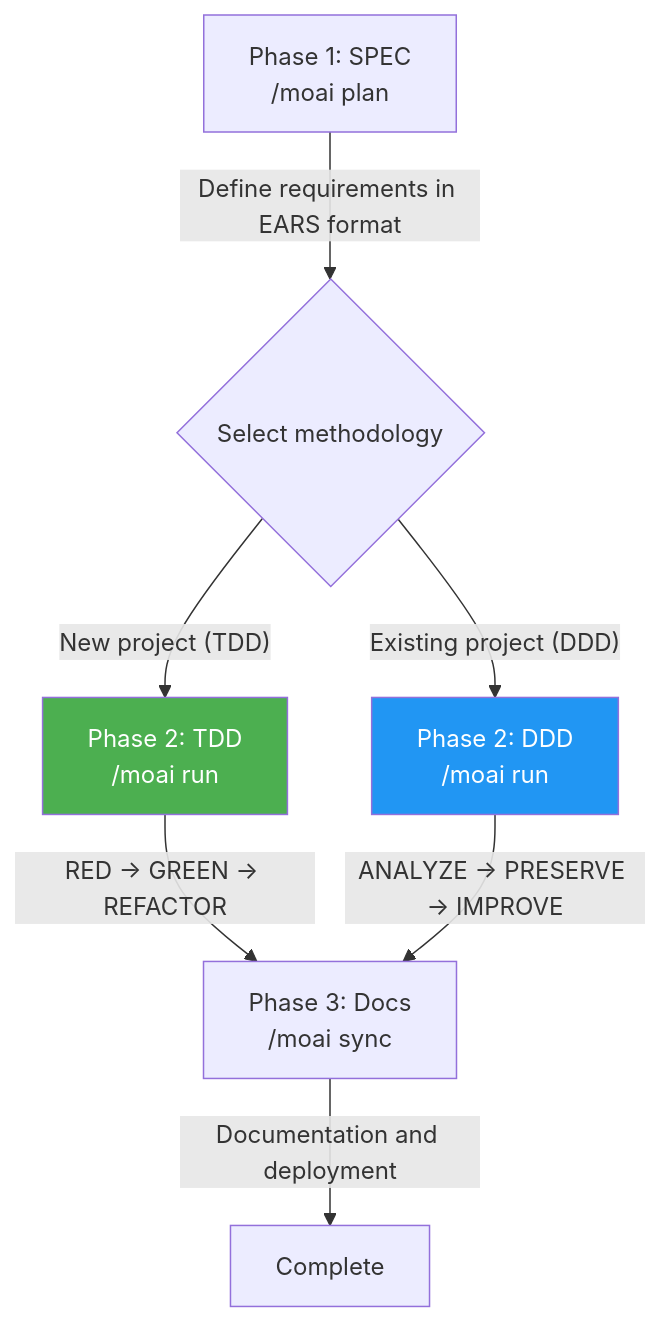
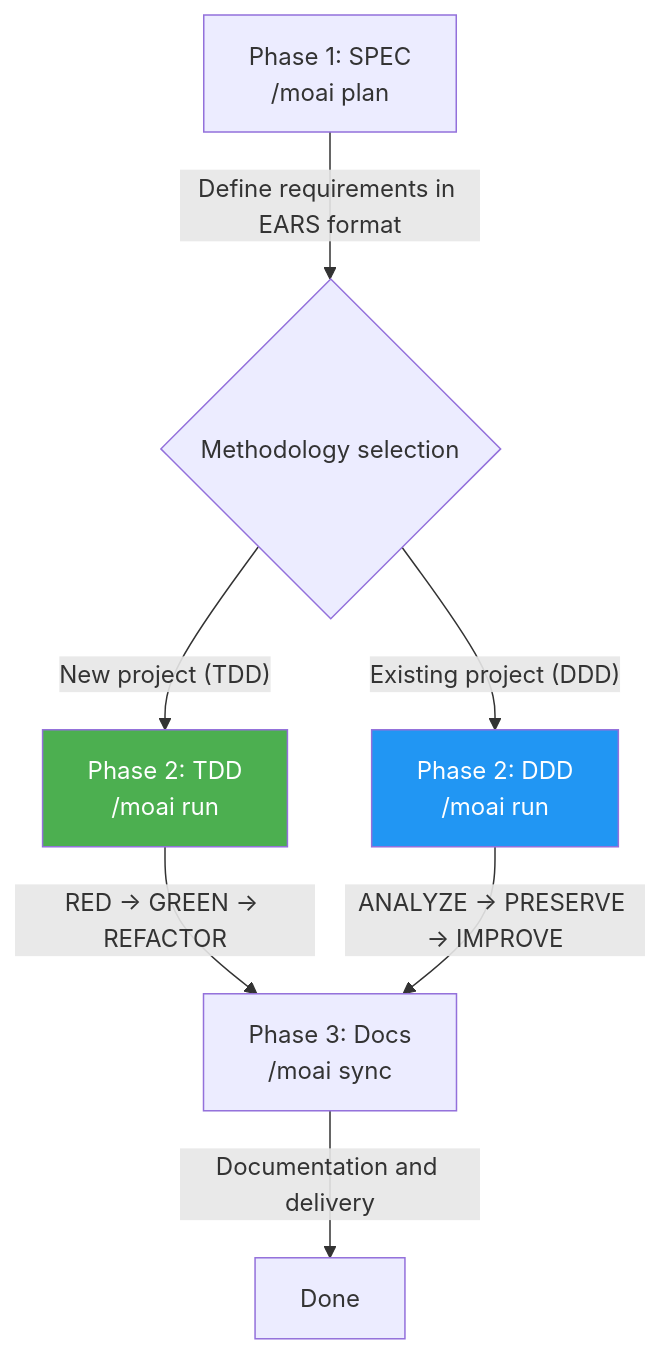
One commit to modu-ai/moai-adk changed the second of 2 diagrams in docs-site/content/en/getting-started/introduction.md. Above: the diagram before and after it, drawn with Mermaid. The commit also changed other lines of this file and 395 other files, not shown here.

````diff
--- a/docs-site/content/en/getting-started/introduction.md
+++ b/docs-site/content/en/getting-started/introduction.md
@@ -234,12 +211,12 @@
 ```mermaid
 flowchart TD
-    A["Phase 1: SPEC<br/>/moai plan"] -->|"Define requirements in EARS format"| B{"Select methodology"}
+    A["Phase 1: SPEC<br/>/moai plan"] -->|"Define requirements in EARS format"| B{"Methodology selection"}
     B -->|"New project (TDD)"| C["Phase 2: TDD<br/>/moai run"]
     B -->|"Existing project (DDD)"| D["Phase 2: DDD<br/>/moai run"]
     C -->|"RED → GREEN → REFACTOR"| E["Phase 3: Docs<br/>/moai sync"]
     D -->|"ANALYZE → PRESERVE → IMPROVE"| E
-    E -->|"Documentation and deployment"| F["Complete"]
+    E -->|"Documentation and delivery"| F["Done"]
 
     style C fill:#4CAF50,color:#fff
     style D fill:#2196F3,color:#fff
 ```
````
